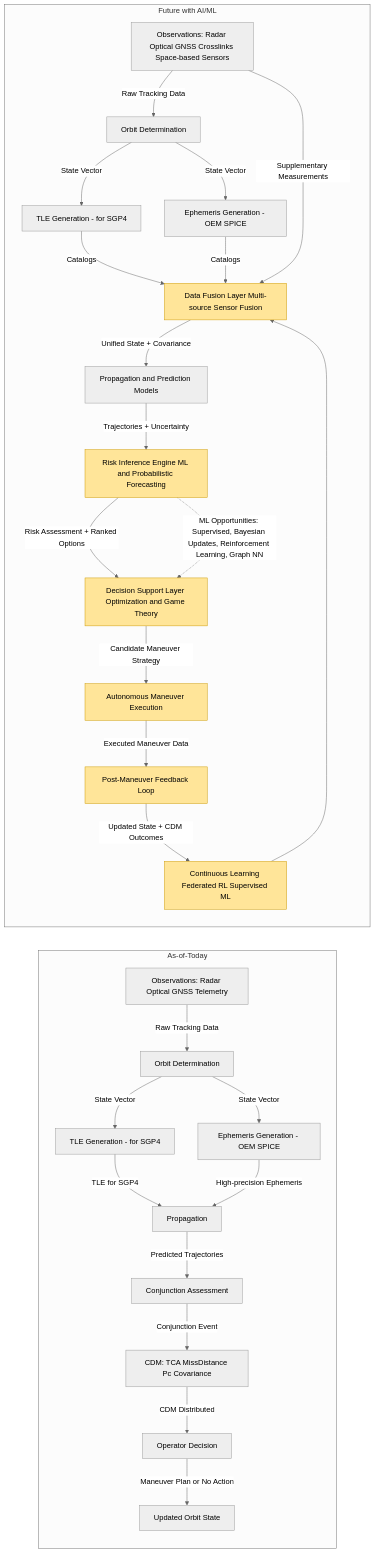
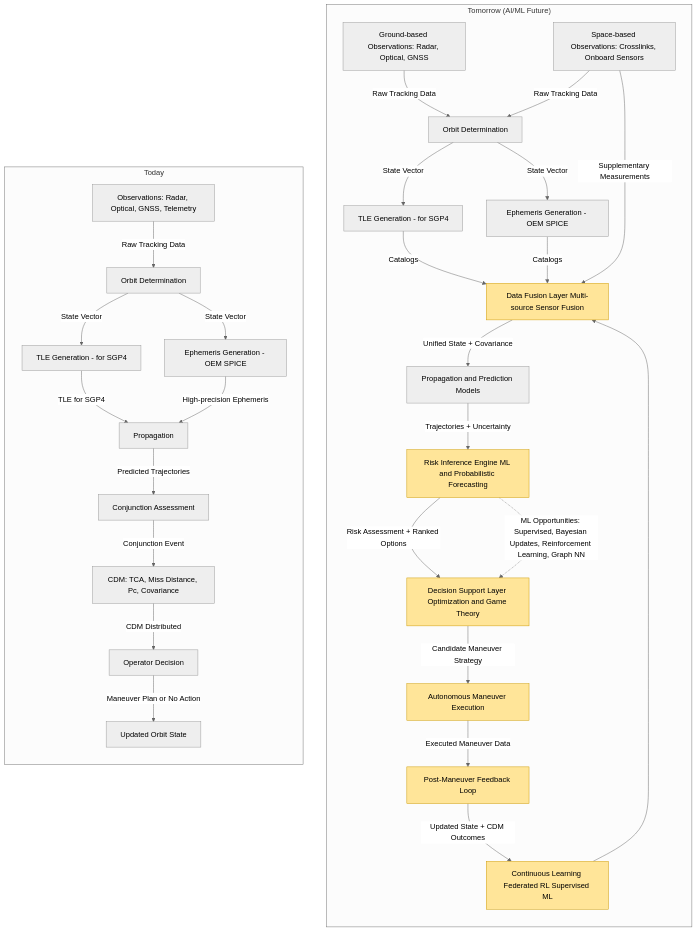
One commit to orbit-i/crr_workflow changed the second of 4 diagrams in README.md. Above: the diagram before and after it, drawn with Mermaid (neutral theme). The commit also changed other lines of this file, not shown here.

````diff
--- a/README.md
+++ b/README.md
@@ -22,50 +45,49 @@
 ```mermaid
-flowchart LR
-  %% === TODAY PIPELINE ===
-  subgraph TODAY["As-of-Today"]
+flowchart TB
+  %% === FUTURE PIPELINE ===
+  subgraph FUTURE["Tomorrow (AI/ML Future)"]
     direction TB
-    A1[Observations: Radar Optical GNSS Telemetry] -->|Raw Tracking Data| B1[Orbit Determination]
-    B1 -->|State Vector| C1[TLE Generation - for SGP4]
-    B1 -->|State Vector| D1[Ephemeris Generation - OEM SPICE]
+    A2_GB[Ground-based Observations: Radar, Optical, GNSS] -->|Raw Tracking Data| B2[Orbit Determination]
+    A2_SB[Space-based Observations: Crosslinks, Onboard Sensors] -->|Raw Tracking Data| B2[Orbit Determination]
 
-    C1 -->|TLE for SGP4| E1[Propagation]
-    D1 -->|High-precision Ephemeris| E1
-
-    E1 -->|Predicted Trajectories| F1[Conjunction Assessment]
-    F1 -->|Conjunction Event| G1[CDM: TCA MissDistance Pc Covariance]
-    G1 -->|CDM Distributed| H1[Operator Decision]
-    H1 -->|Maneuver Plan or No Action| I1[Updated Orbit State]
-  end
-
-  %% === FUTURE PIPELINE ===
-  subgraph FUTURE["Future with AI/ML"]
-    direction TB
-    A2[Observations: Radar Optical GNSS Crosslinks Space-based Sensors] -->|Raw Tracking Data| B2[Orbit Determination]
     B2 -->|State Vector| C2[TLE Generation - for SGP4]
     B2 -->|State Vector| D2[Ephemeris Generation - OEM SPICE]
 
     C2 -->|Catalogs| J2[Data Fusion Layer Multi-source Sensor Fusion]
     D2 -->|Catalogs| J2
-    A2 -->|Supplementary Measurements| J2
+    A2_SB -->|Supplementary Measurements| J2
 
     J2 -->|Unified State + Covariance| E2[Propagation and Prediction Models]
     E2 -->|Trajectories + Uncertainty| K2[Risk Inference Engine ML and Probabilistic Forecasting]
 
     K2 -->|Risk Assessment + Ranked Options| L2[Decision Support Layer Optimization and Game Theory]
     L2 -->|Candidate Maneuver Strategy| M2[Autonomous Maneuver Execution]
     M2 -->|Executed Maneuver Data| N2[Post-Maneuver Feedback Loop]
 
     N2 -->|Updated State + CDM Outcomes| O2[Continuous Learning Federated RL Supervised ML]
     O2 --> J2
 
     K2 -.->|ML Opportunities: Supervised, Bayesian Updates, Reinforcement Learning, Graph NN| L2
   end
 
+  %% === TODAY PIPELINE ===
+  subgraph TODAY["Today"]
+    direction TB
+    A1[Observations: Radar, Optical, GNSS, Telemetry] -->|Raw Tracking Data| B1[Orbit Determination]
+    B1 -->|State Vector| C1[TLE Generation - for SGP4]
+    B1 -->|State Vector| D1[Ephemeris Generation - OEM SPICE]
+
+    C1 -->|TLE for SGP4| E1[Propagation]
+    D1 -->|High-precision Ephemeris| E1
+
+    E1 -->|Predicted Trajectories| F1[Conjunction Assessment]
+    F1 -->|Conjunction Event| G1[CDM: TCA, Miss Distance, Pc, Covariance]
+    G1 -->|CDM Distributed| H1[Operator Decision]
+    H1 -->|Maneuver Plan or No Action| I1[Updated Orbit State]
+  end
+
   %% === Styling ===
   class J2,K2,L2,M2,N2,O2 new;
   classDef new fill:#ffe599,stroke:#cc9900;
-  style A1 padding-top:50px
-  style A2 padding-top:50px
-
 
 ```
````
